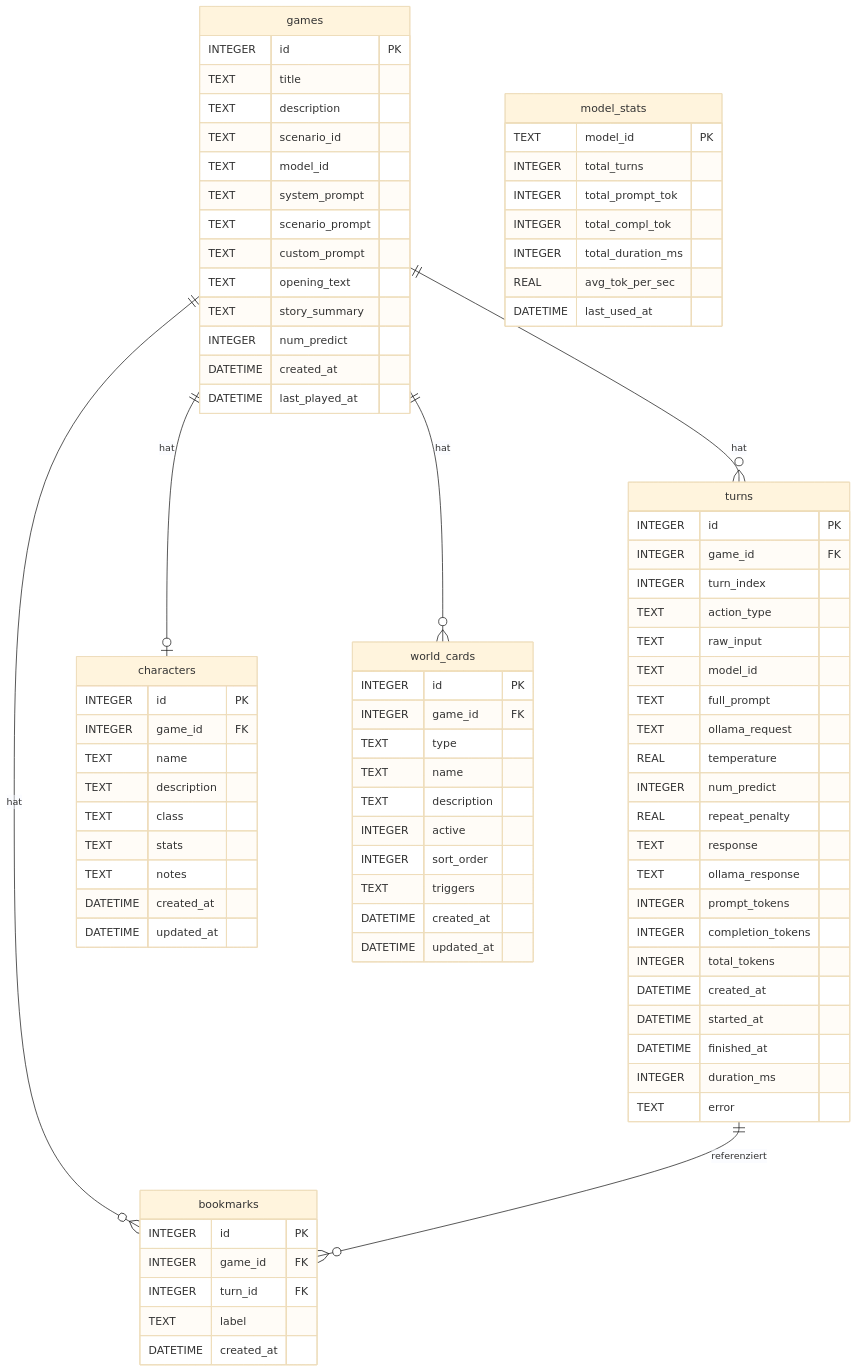
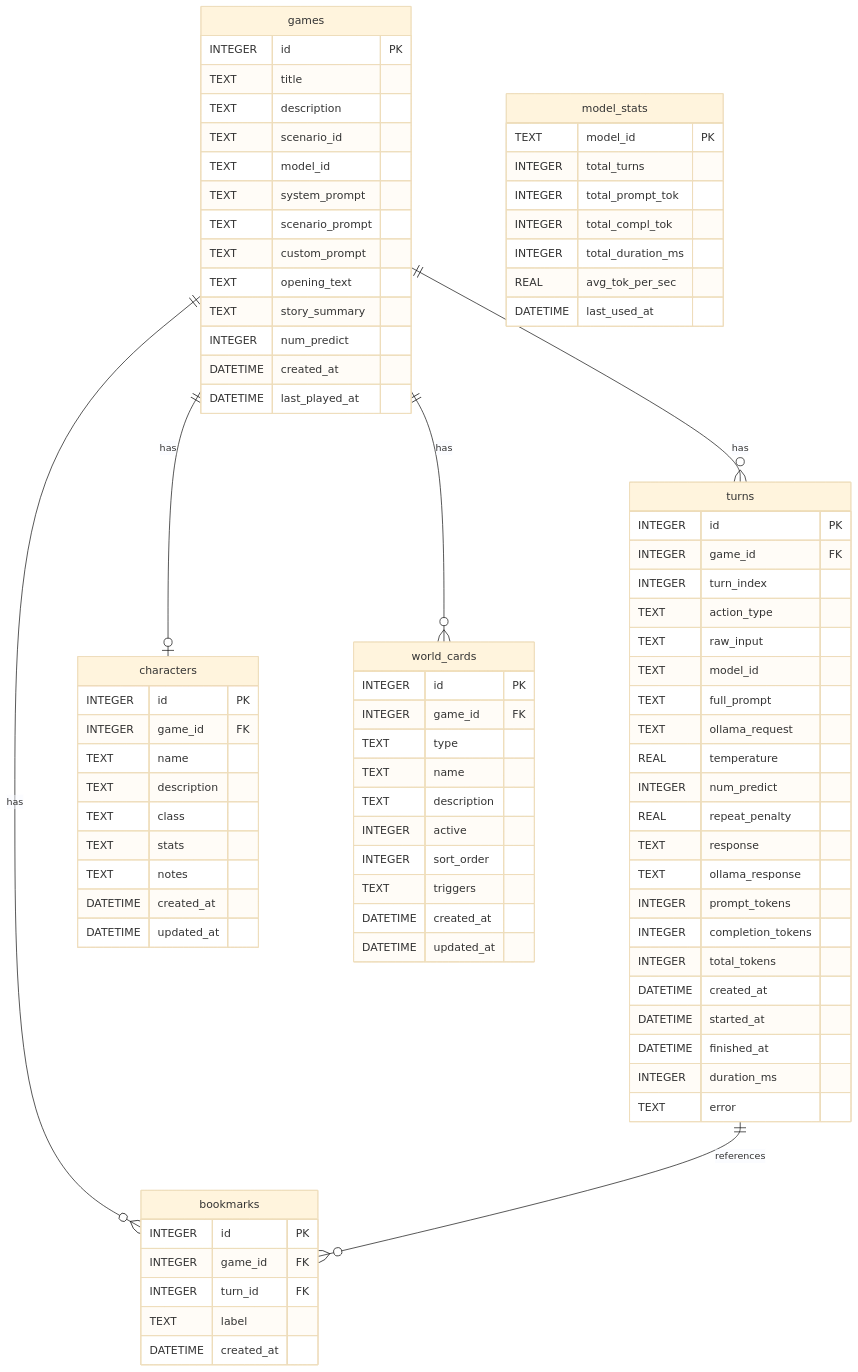
One commit to vreezy/storytelling changed the diagram in datamodell.md. Above: the diagram before and after it, drawn with Mermaid (base theme). The commit also changed other lines of this file and 21 other files, not shown here.

````diff
--- a/datamodell.md
+++ b/datamodell.md
@@ -87,9 +87,9 @@
         DATETIME last_used_at
     }
 
-    games ||--o{ turns : "hat"
-    games ||--o| characters : "hat"
-    games ||--o{ world_cards : "hat"
-    games ||--o{ bookmarks : "hat"
-    turns ||--o{ bookmarks : "referenziert"
+    games ||--o{ turns : "has"
+    games ||--o| characters : "has"
+    games ||--o{ world_cards : "has"
+    games ||--o{ bookmarks : "has"
+    turns ||--o{ bookmarks : "references"
 ```
````
